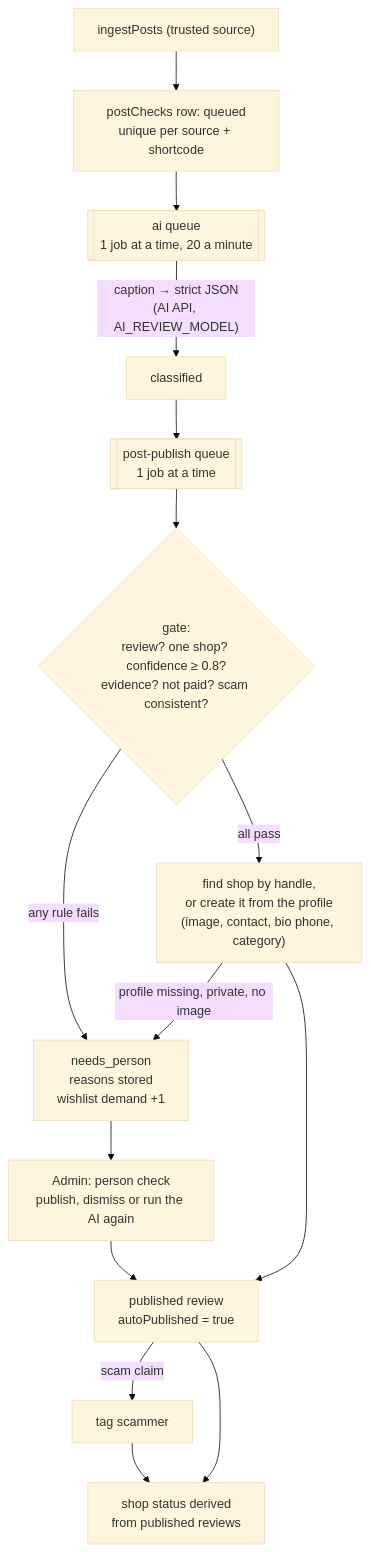
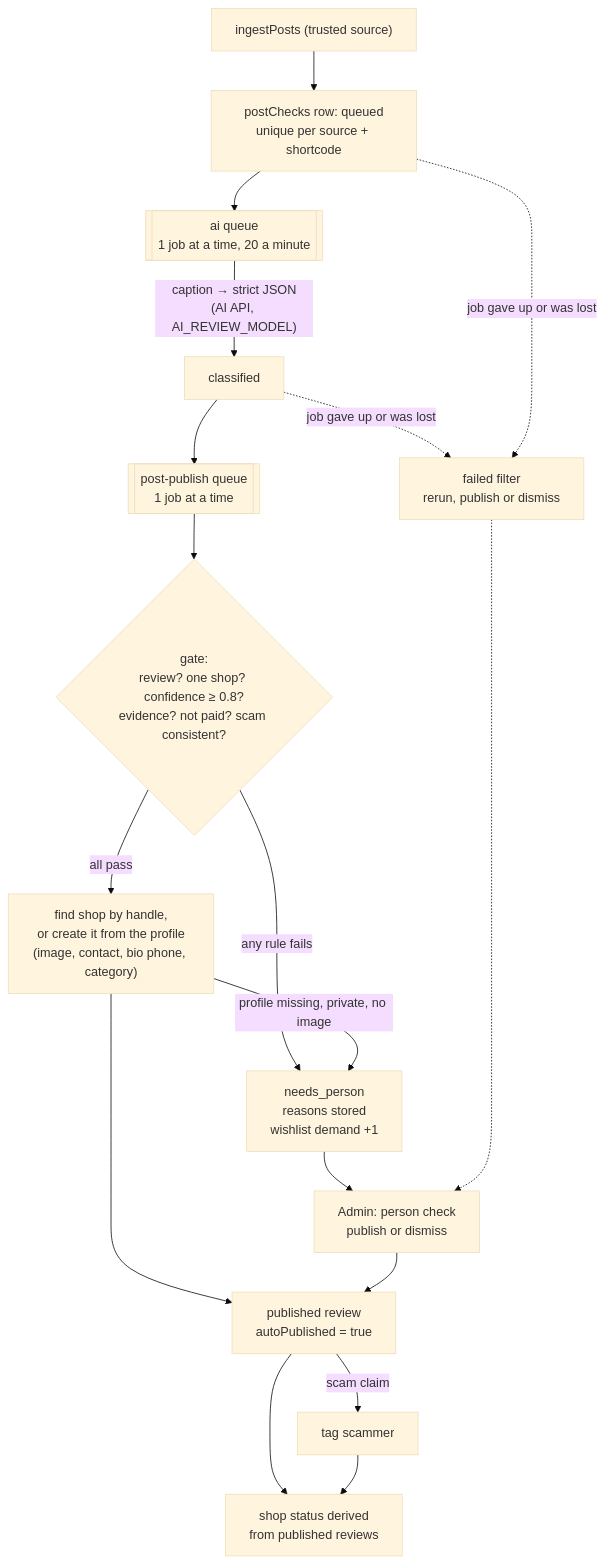
One commit to tavangar79/pagesanj changed the fourth of 6 diagrams in ARCHITECTURE.md. Above: the diagram before and after it, drawn with Mermaid (base theme). The commit also changed other lines of this file and 1 other file, not shown here.

````diff
--- a/ARCHITECTURE.md
+++ b/ARCHITECTURE.md
@@ -172,16 +172,18 @@
 ```mermaid
 flowchart TD
   ING["ingestPosts (trusted source)"] --> PC["postChecks row: queued<br/>unique per source + shortcode"]
   PC --> AI[[ai queue<br/>1 job at a time, 20 a minute]]
   AI -->|"caption → strict JSON<br/>(AI API, AI_REVIEW_MODEL)"| CL[classified]
   CL --> PP[[post-publish queue<br/>1 job at a time]]
   PP --> GATE{"gate:<br/>review? one shop? confidence ≥ 0.8?<br/>evidence? not paid? scam consistent?"}
   GATE -->|any rule fails| NP["needs_person<br/>reasons stored<br/>wishlist demand +1"]
   GATE -->|all pass| SH["find shop by handle,<br/>or create it from the profile<br/>(image, contact, bio phone, category)"]
   SH -->|profile missing, private, no image| NP
   SH --> REV["published review<br/>autoPublished = true"]
   REV -->|scam claim| TAG["tag scammer"]
   REV & TAG --> ST["shop status derived<br/>from published reviews"]
-  NP --> ADM["Admin: person check<br/>publish, dismiss or run the AI again"]
+  NP --> ADM["Admin: person check<br/>publish or dismiss"]
   ADM --> REV
+  CL & PC -.->|"job gave up or was lost"| FAIL["failed filter<br/>rerun, publish or dismiss"]
+  FAIL -.-> ADM
 ```
````
